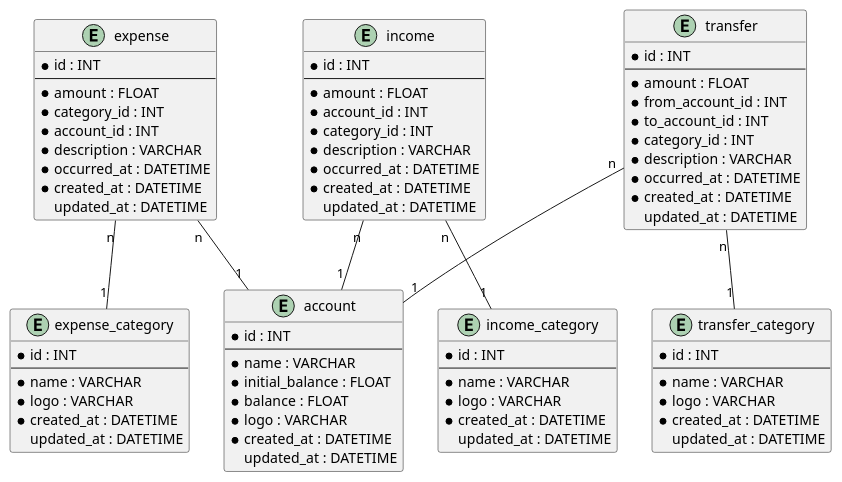
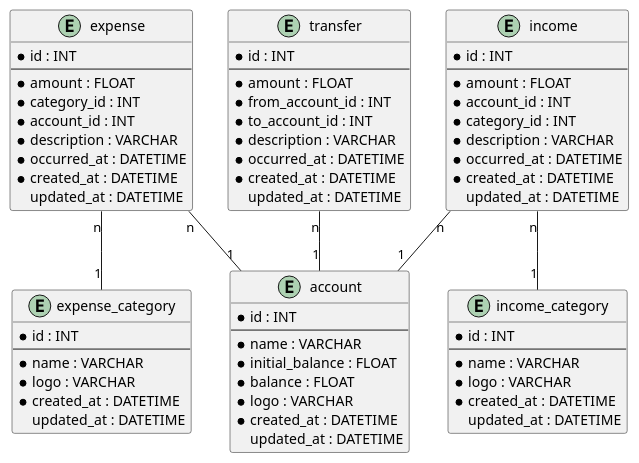
The diagram in docs/erd.puml (ylfyt/duitify), drawn with PlantUML before and after one commit. The commit also changed 36 other files, not shown here.

```diff
--- a/docs/erd.puml
+++ b/docs/erd.puml
@@ -1,87 +1,76 @@
 @startuml erd
 
 entity account {
     * id : INT
     --
     * name : VARCHAR
     * initial_balance : FLOAT
     * balance : FLOAT
     * logo : VARCHAR
     * created_at : DATETIME
     updated_at : DATETIME
 }
 
 entity expense_category {
-    * id : INT
-    --
-    * name : VARCHAR
-    * logo : VARCHAR
-    * created_at : DATETIME
-    updated_at : DATETIME
-}
-
-entity transfer_category {
     * id : INT
     --
     * name : VARCHAR
     * logo : VARCHAR
     * created_at : DATETIME
     updated_at : DATETIME
 }
 
 entity income_category {
     * id : INT
     --
     * name : VARCHAR
     * logo : VARCHAR
     * created_at : DATETIME
     updated_at : DATETIME
 }
 
 entity expense {
     * id : INT
     --
     * amount : FLOAT
     * category_id : INT
     * account_id : INT
     * description : VARCHAR
     * occurred_at : DATETIME
     * created_at : DATETIME
     updated_at : DATETIME
 }
 
 entity income {
     * id : INT
     --
     * amount : FLOAT
     * account_id : INT
     * category_id : INT
     * description : VARCHAR
     * occurred_at : DATETIME
     * created_at : DATETIME
     updated_at : DATETIME
 }
 
 entity transfer {
     * id : INT
     --
     * amount : FLOAT
     * from_account_id : INT
     * to_account_id : INT
-    * category_id : INT
     * description : VARCHAR
     * occurred_at : DATETIME
     * created_at : DATETIME
     updated_at : DATETIME
 }
 
 expense "n" -- "1" account
 expense "n" -- "1" expense_category
 
 income "n" -- "1" account
 income "n" -- "1" income_category
 
 transfer "n" -- "1" account
-transfer "n" -- "1" transfer_category
 
 @enduml
```
